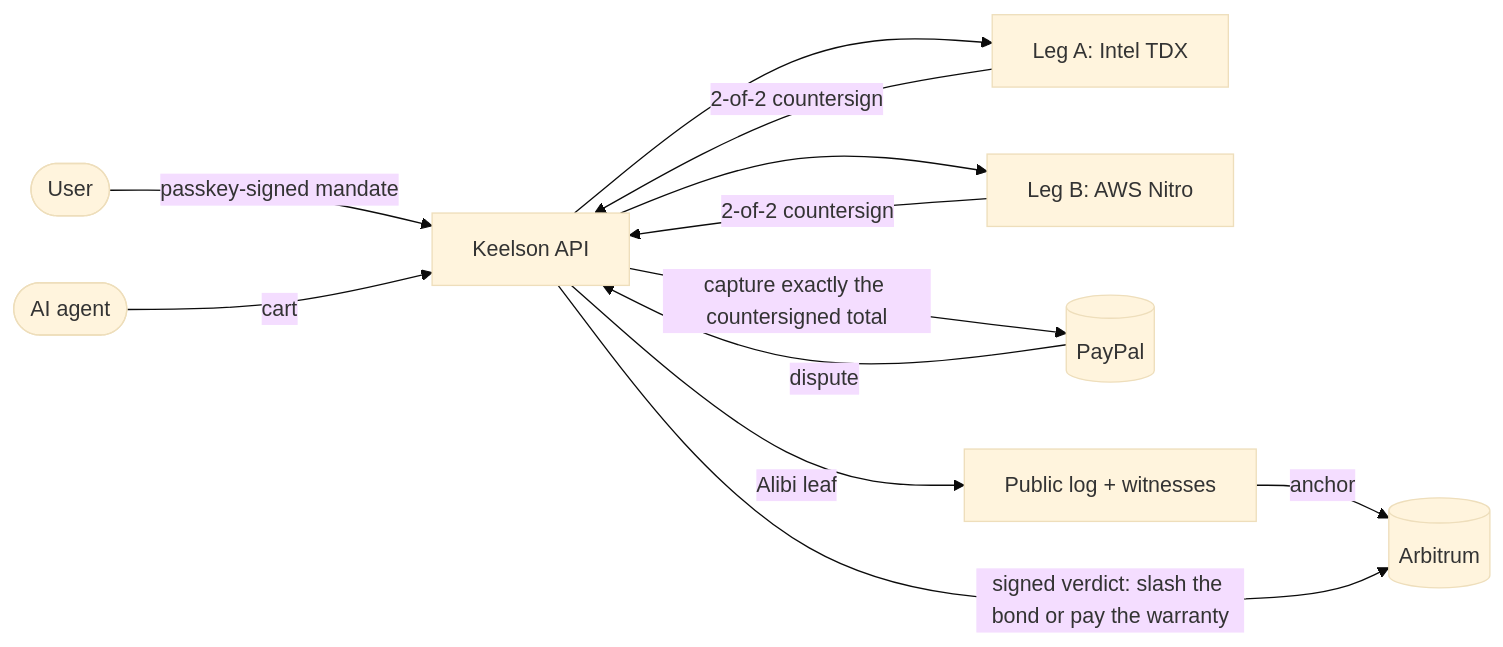
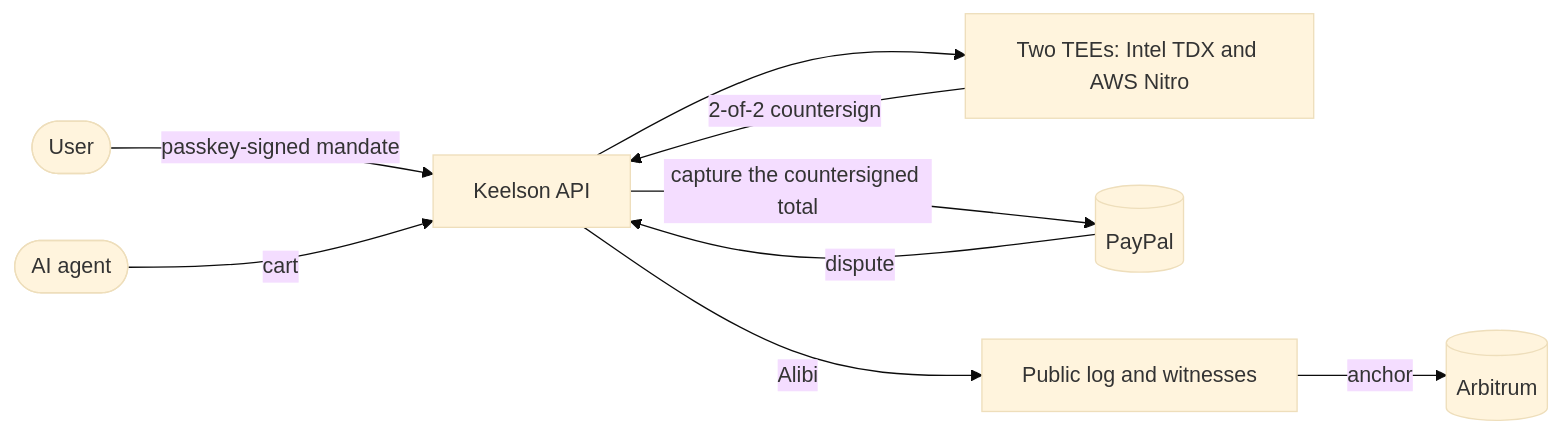
Before and after one commit to DavidZapataOh/keelson-paypal: the diagram in README.md, drawn with Mermaid (base theme). The commit also changed other lines of this file and 68 other files, not shown here.

````diff
--- a/README.md
+++ b/README.md
@@ -19,13 +40,13 @@
 ```mermaid
 flowchart LR
+  accTitle: How a purchase flows through Keelson
+  accDescr: The user signs a mandate, the agent sends a cart, both TEEs countersign, PayPal captures, the Alibi goes to the public log and its anchor on chain, and a dispute ends in a signed verdict.
   U([User]) -- passkey-signed mandate --> K[Keelson API]
   G([AI agent]) -- cart --> K
-  K --> A[Leg A: Intel TDX]
-  K --> B[Leg B: AWS Nitro]
-  A & B -- 2-of-2 countersign --> K
-  K -- capture exactly the countersigned total --> P[(PayPal)]
-  K -- Alibi leaf --> L[Public log + witnesses]
+  K --> T[Two TEEs: Intel TDX and AWS Nitro]
+  T -- 2-of-2 countersign --> K
+  K -- capture the countersigned total --> P[(PayPal)]
+  K -- Alibi --> L[Public log and witnesses]
   L -- anchor --> C[(Arbitrum)]
   P -- dispute --> K
-  K -- signed verdict: slash the bond or pay the warranty --> C
 ```
````
